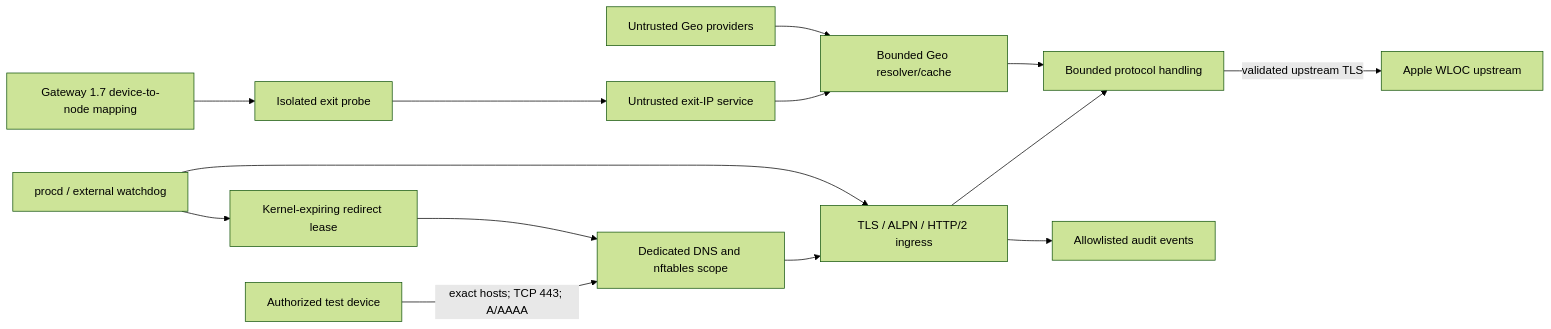
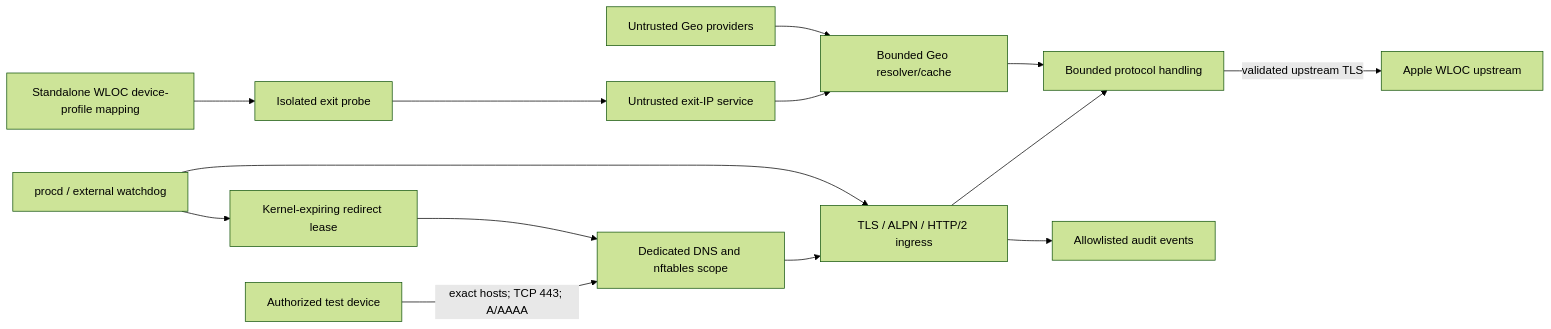
The diagram in docs/security/threat-model.md (smthdagg/wificalling-location-gateway), drawn with Mermaid (forest theme) before and after one commit. The commit also changed other lines of this file and 20 other files, not shown here.

````diff
--- a/docs/security/threat-model.md
+++ b/docs/security/threat-model.md
@@ -35,16 +44,16 @@
 ```mermaid
 flowchart LR
     D["Authorized test device"] -->|"exact hosts; TCP 443; A/AAAA"| N["Dedicated DNS and nftables scope"]
     N --> T["TLS / ALPN / HTTP/2 ingress"]
     T --> P["Bounded protocol handling"]
     P -->|"validated upstream TLS"| A["Apple WLOC upstream"]
-    G["Gateway 1.7 device-to-node mapping"] --> E["Isolated exit probe"]
+    G["Standalone WLOC device-profile mapping"] --> E["Isolated exit probe"]
     E --> X["Untrusted exit-IP service"]
     X --> R["Bounded Geo resolver/cache"]
     Q["Untrusted Geo providers"] --> R
     R --> P
     W["procd / external watchdog"] --> K["Kernel-expiring redirect lease"]
     K --> N
     W --> T
     T --> L["Allowlisted audit events"]
 ```
````
